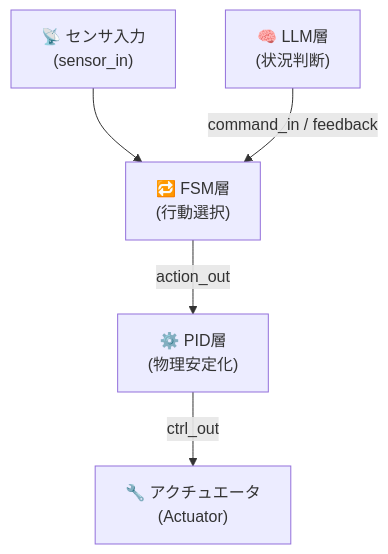
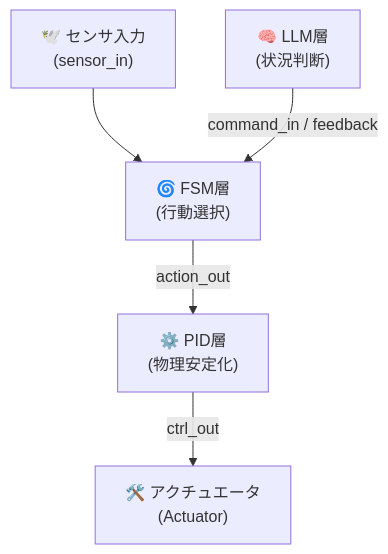
Before and after one commit to Samizo-AITL/Edusemi-v4x: the diagram in f_chapter3_socsystem/docs/3_2_fsm_design.md, drawn with Mermaid. The commit also changed other lines of this file, not shown here.

````diff
--- a/f_chapter3_socsystem/docs/3_2_fsm_design.md
+++ b/f_chapter3_socsystem/docs/3_2_fsm_design.md
@@ -128,13 +129,14 @@
 ```mermaid
 flowchart TD
-    SENSOR["📡 センサ入力\n(sensor_in)"]
-    FSM["🔁 FSM層\n(行動選択)"]
+    SENSOR["🕊️ センサ入力\n(sensor_in)"]
+    FSM["🌀 FSM層\n(行動選択)"]
     PID["⚙️ PID層\n(物理安定化)"]
-    ACT["🔧 アクチュエータ\n(Actuator)"]
+    ACT["🛠️ アクチュエータ\n(Actuator)"]
     LLM["🧠 LLM層\n(状況判断)"]
 
     SENSOR --> FSM
-    FSM -- action_out --> PID
-    PID -- ctrl_out --> ACT
-    LLM -- command_in / feedback --> FSM
+    LLM -->|command_in / feedback| FSM
+    FSM -->|action_out| PID
+    PID -->|ctrl_out| ACT
+
 ```
````
